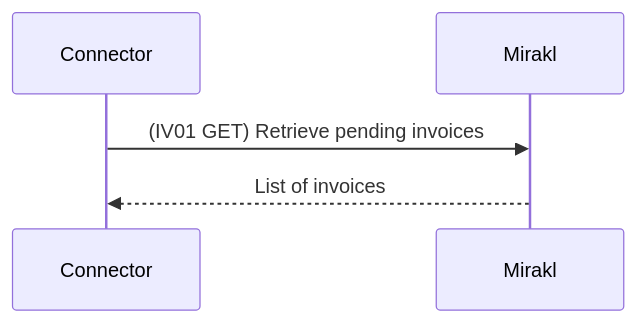
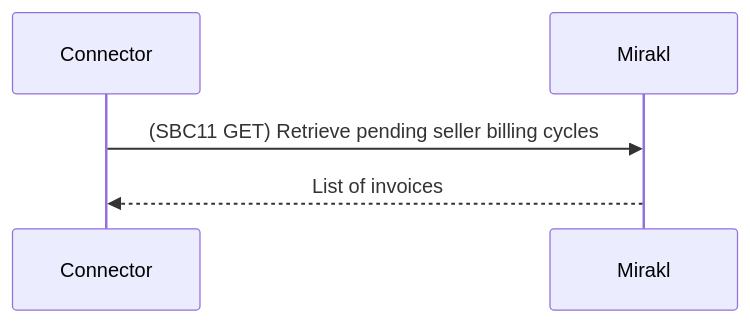
Before and after one commit to paypal/mirakl-hyperwallet-connector: the second of 5 diagrams in docs/content/modules/payout/pages/invoices/payout-invoices-steps.adoc, drawn with Mermaid. The commit also changed 603 other files, not shown here.

```diff
--- a/docs/content/modules/payout/pages/invoices/payout-invoices-steps.adoc
+++ b/docs/content/modules/payout/pages/invoices/payout-invoices-steps.adoc
@@ -43,6 +43,6 @@
 [mermaid,invoices-extraction]
 ....
 sequenceDiagram
-    Connector ->> Mirakl: (IV01 GET) Retrieve pending invoices
+    Connector ->> Mirakl: (SBC11 GET) Retrieve pending seller billing cycles
     Mirakl -->> Connector: List of invoices
 ....
```
